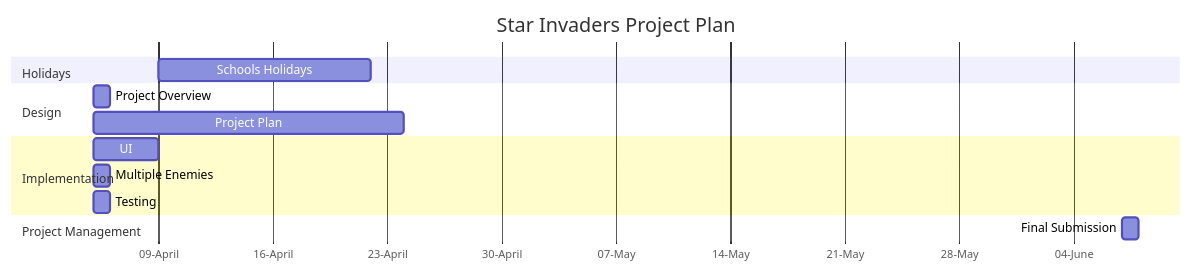
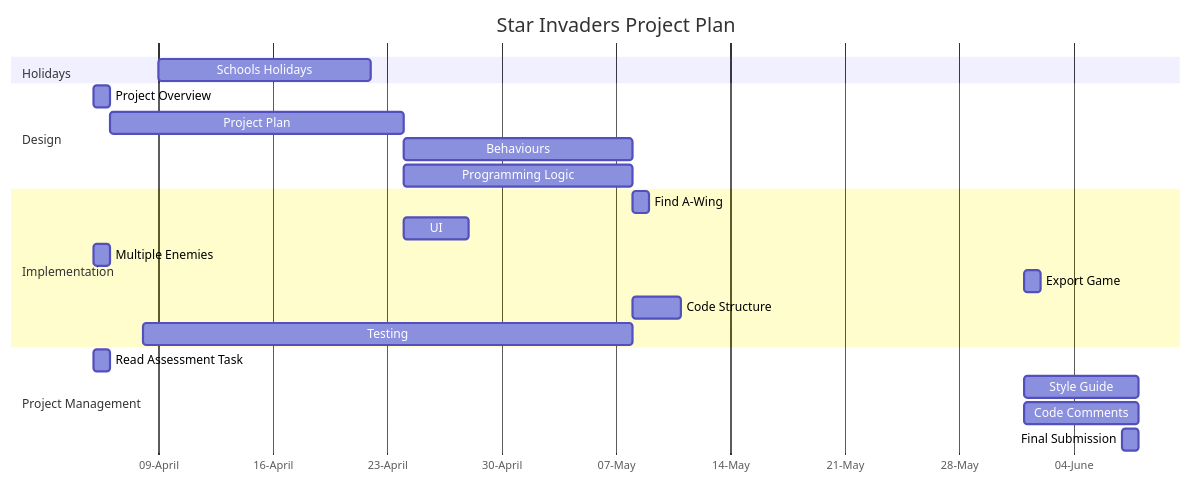
One commit to RyanCather/SpaceInvader2023 changed the diagram in design.md. Above: the diagram before and after it, drawn with Mermaid.

Commit message:
update gantt

````diff
--- a/design.md
+++ b/design.md
@@ -24,25 +24,32 @@
 ```mermaid
 gantt
     title Star Invaders Project Plan
     dateFormat DD-MM-YY
     axisFormat %d-%B
     tickInterval 1week
 
     section Holidays
     Schools Holidays: 09-04-23,22-04-23
 
     section Design
+    
     Project Overview:05-04-23, 1d
-    Project Plan: 05-04-23, 24-04-23
-
+    Project Plan: 06-04-23, 24-04-23
+    Behaviours: 24-04-23, 14d
+    Programming Logic: 24-04-23, 14d  
 
     section Implementation
-    UI: 05-04-23, 4d
+    Find A-Wing: 08-05-23, 1d
+    UI: 24-04-23, 4d
     Multiple Enemies:05-04-23, 1d
-
-    Testing: 05-04-23, 1d
+    Export Game: 01-06-23, 1d
+    Code Structure: 08-05-23, 3d
+    Testing: 08-04-23, 30d
 
     section Project Management
+    Read Assessment Task: 05-04-23, 1d
+    Style Guide: 01-06-23, 7d
+    Code Comments: 01-06-23, 7d
     Final Submission: 07-06-23, 1d
 
 ```
````
